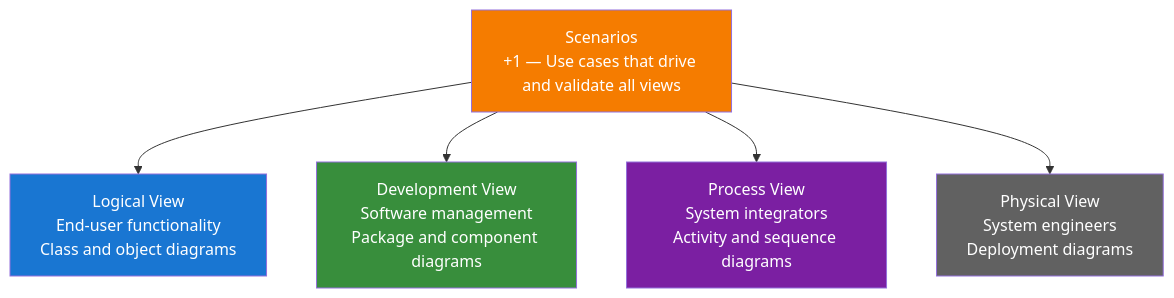
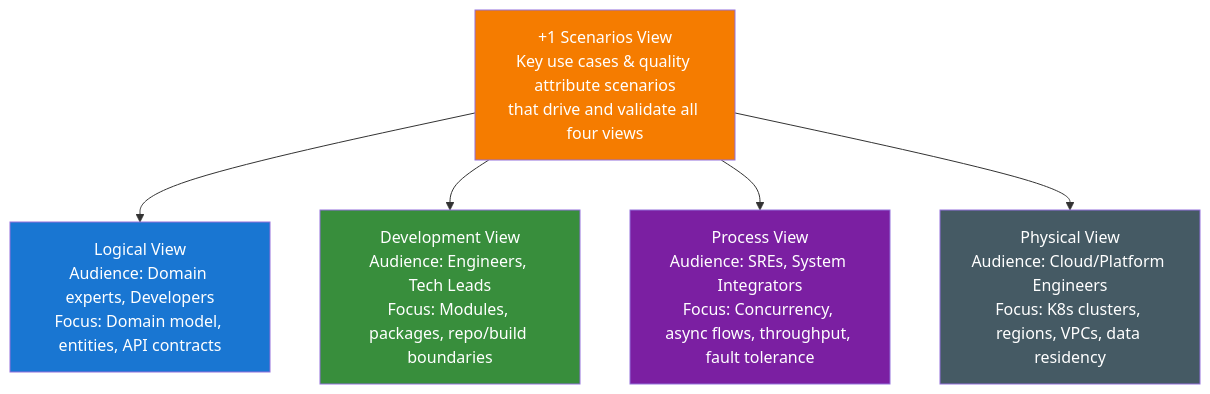
One commit to nitinkc/PrincipalEngineer_InterviewGuide changed the second of 3 diagrams in docs/01.01-software-architect.md. Above: the diagram before and after it, drawn with Mermaid. The commit also changed other lines of this file and 27 other files, not shown here.

````diff
--- a/docs/01.01-software-architect.md
+++ b/docs/01.01-software-architect.md
@@ -94,20 +124,20 @@
 ```mermaid
 graph TD
-    SC[Scenarios\n+1 — Use cases that drive and validate all views]
+    SC["+1 Scenarios View<br/>Key use cases & quality attribute scenarios<br/>that drive and validate all four views"]
 
-    LV[Logical View\nEnd-user functionality\nClass and object diagrams]
-    DV[Development View\nSoftware management\nPackage and component diagrams]
-    PV[Process View\nSystem integrators\nActivity and sequence diagrams]
-    PHV[Physical View\nSystem engineers\nDeployment diagrams]
+    LV["Logical View<br/>Audience: Domain experts, Developers<br/>Focus: Domain model, entities, API contracts"]
+    DV["Development View<br/>Audience: Engineers, Tech Leads<br/>Focus: Modules, packages, repo/build boundaries"]
+    PV["Process View<br/>Audience: SREs, System Integrators<br/>Focus: Concurrency, async flows, throughput, fault tolerance"]
+    PHV["Physical View<br/>Audience: Cloud/Platform Engineers<br/>Focus: K8s clusters, regions, VPCs, data residency"]
 
     SC --> LV
     SC --> DV
     SC --> PV
     SC --> PHV
 
     style SC fill:#F57C00,color:#fff
     style LV fill:#1976D2,color:#fff
     style DV fill:#388E3C,color:#fff
     style PV fill:#7B1FA2,color:#fff
-    style PHV fill:#616161,color:#fff
+    style PHV fill:#455A64,color:#fff
 ```
````
